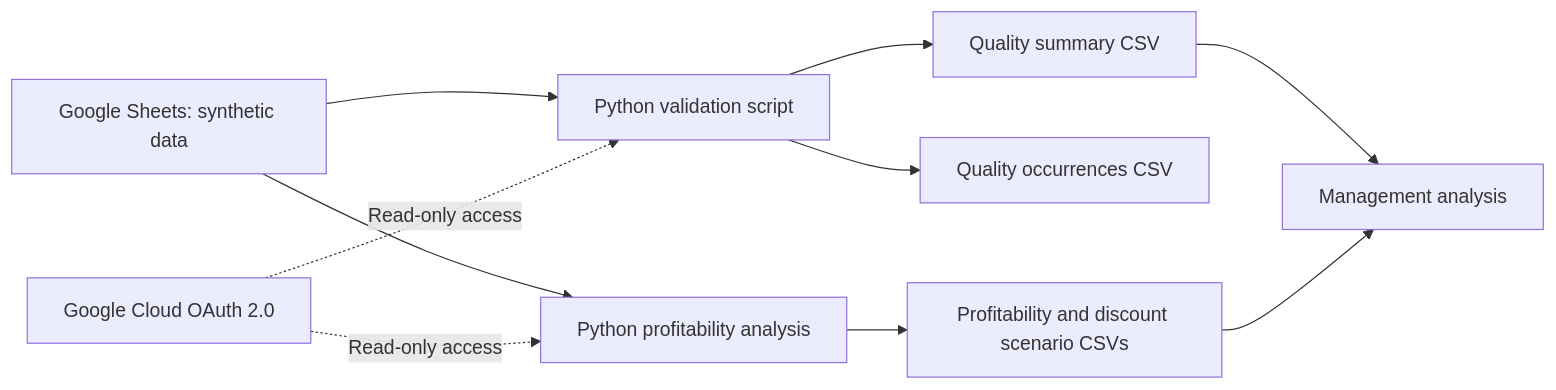
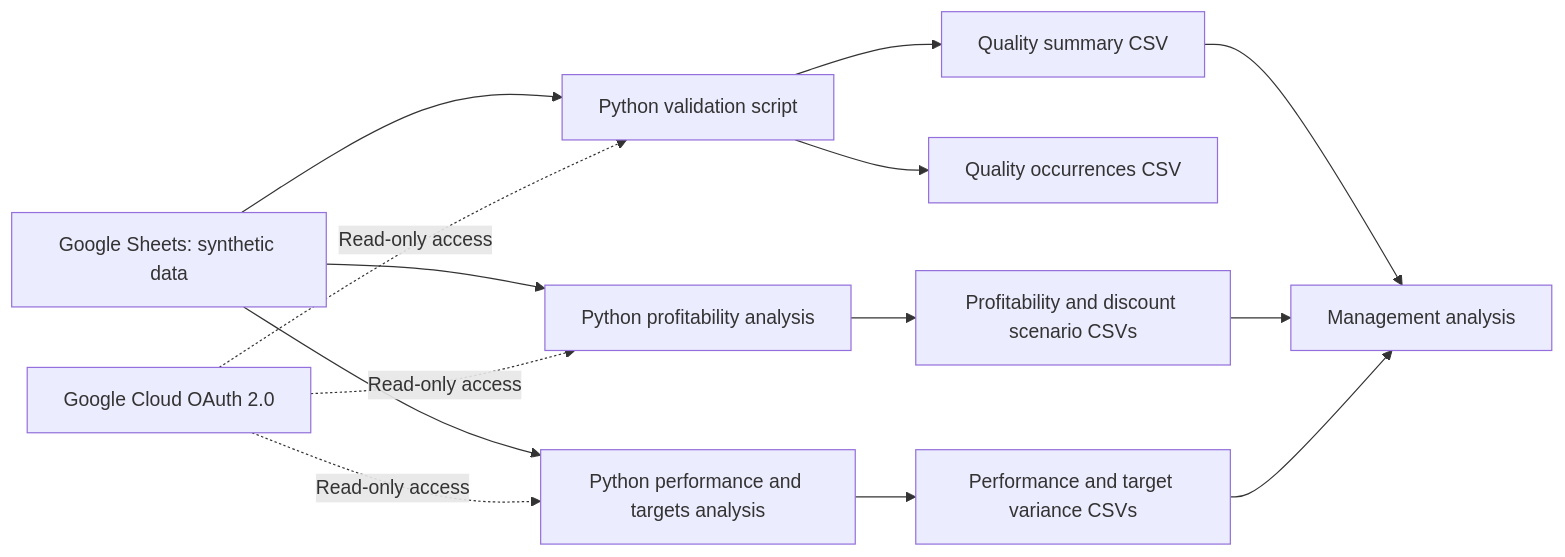
One commit to wagner-stoffel/ws-02-retail-intelligence changed the diagram in README.md. Above: the diagram before and after it, drawn with Mermaid. The commit also changed other lines of this file, not shown here.

Commit message:
docs: consolidate v0.3.0 performance milestone in README

````diff
--- a/README.md
+++ b/README.md
@@ -19,12 +19,16 @@
 ```mermaid
 flowchart LR
     A[Google Sheets: synthetic data] --> B[Python validation script]
     C[Google Cloud OAuth 2.0] -. Read-only access .-> B
     B --> D[Quality summary CSV]
     B --> E[Quality occurrences CSV]
     A --> F[Python profitability analysis]
     C -. Read-only access .-> F
     F --> G[Profitability and discount scenario CSVs]
     D --> H[Management analysis]
     G --> H
+    A --> I[Python performance and targets analysis]
+    C -. Read-only access .-> I
+    I --> J[Performance and target variance CSVs]
+    J --> H
 ```
````
